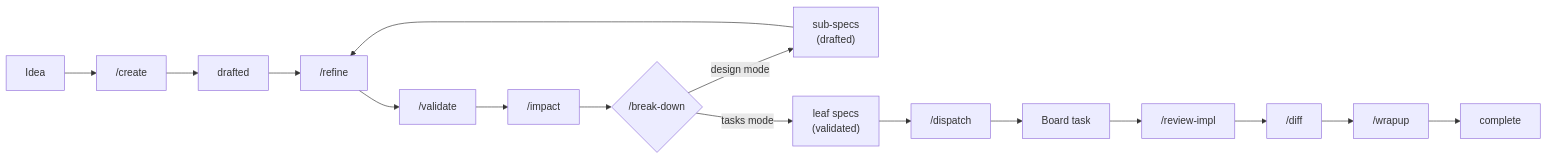
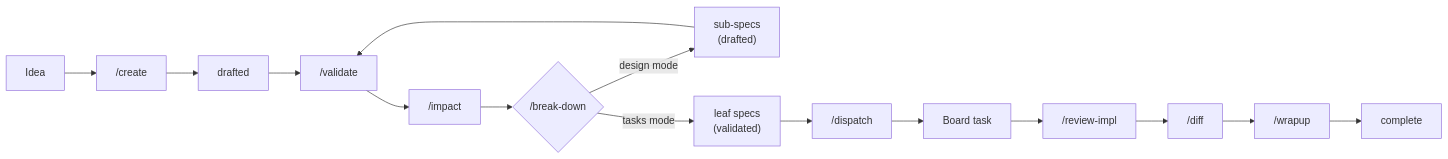
Before and after one commit to changkun/wallfacer: the second of 3 diagrams in docs/guide/designing-specs.md, drawn with Mermaid. The commit also changed other lines of this file and 14 other files, not shown here.

````diff
--- a/docs/guide/designing-specs.md
+++ b/docs/guide/designing-specs.md
@@ -64,18 +64,17 @@
 ```mermaid
 flowchart LR
   idea["Idea"] --> create["/create"]
   create --> drafted["drafted"]
-  drafted --> refine["/refine"]
-  refine --> validate["/validate"]
+  drafted --> validate["/validate"]
   validate --> impact["/impact"]
   impact --> breakdown{"/break-down"}
   breakdown -->|design mode| sub["sub-specs<br/>(drafted)"]
   breakdown -->|tasks mode| leaves["leaf specs<br/>(validated)"]
-  sub --> refine
+  sub --> validate
   leaves --> dispatch["/dispatch"]
   dispatch --> board["Board task"]
   board --> reviewimpl["/review-impl"]
   reviewimpl --> diff["/diff"]
   diff --> wrapup["/wrapup"]
   wrapup --> complete["complete"]
 ```
````
